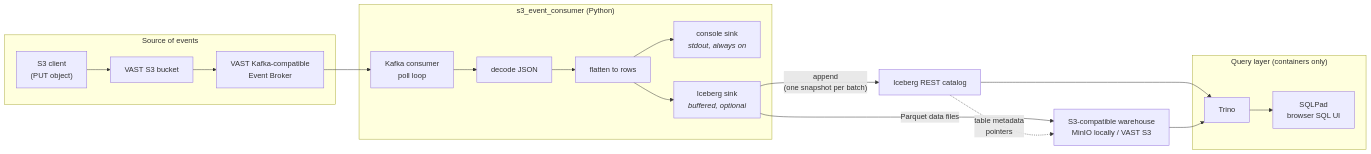
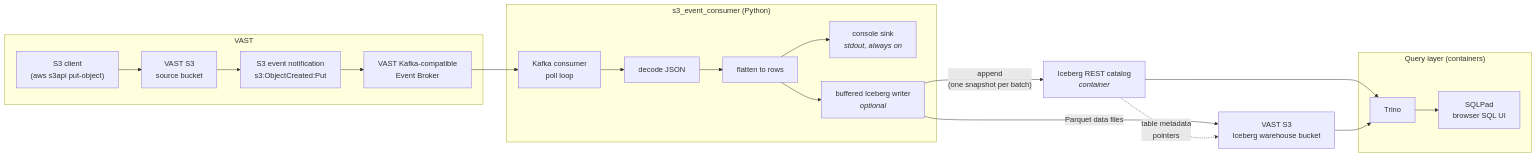
One commit to kmacvast/s3_event_consumer changed the diagram in docs/iceberg-demo.md. Above: the diagram before and after it, drawn with Mermaid. The commit also changed other lines of this file and 24 other files, not shown here.

````diff
--- a/docs/iceberg-demo.md
+++ b/docs/iceberg-demo.md
@@ -33,27 +41,28 @@
 ```mermaid
 flowchart LR
-    subgraph src["Source of events"]
-        A["S3 client<br/>(PUT object)"] --> B["VAST S3 bucket"]
-        B --> C["VAST Kafka-compatible<br/>Event Broker"]
+    subgraph vast["VAST"]
+        A["S3 client<br/>(aws s3api put-object)"] --> B["VAST S3<br/>source bucket"]
+        B --> C["S3 event notification<br/>s3:ObjectCreated:Put"]
+        C --> D["VAST Kafka-compatible<br/>Event Broker"]
     end
 
-    C --> D
+    D --> E
 
     subgraph app["s3_event_consumer (Python)"]
-        D["Kafka consumer<br/>poll loop"] --> E["decode JSON"]
-        E --> F["flatten to rows"]
-        F --> G["console sink<br/><i>stdout, always on</i>"]
-        F --> H["Iceberg sink<br/><i>buffered, optional</i>"]
+        E["Kafka consumer<br/>poll loop"] --> F["decode JSON"]
+        F --> G["flatten to rows"]
+        G --> H["console sink<br/><i>stdout, always on</i>"]
+        G --> I["buffered Iceberg writer<br/><i>optional</i>"]
     end
 
-    H -->|"append<br/>(one snapshot per batch)"| I["Iceberg REST catalog"]
-    H -->|"Parquet data files"| J["S3-compatible warehouse<br/>MinIO locally / VAST S3"]
-    I -.->|"table metadata<br/>pointers"| J
+    I -->|"append<br/>(one snapshot per batch)"| J["Iceberg REST catalog<br/><i>container</i>"]
+    I -->|"Parquet data files"| K["VAST S3<br/>Iceberg warehouse bucket"]
+    J -.->|"table metadata<br/>pointers"| K
 
-    subgraph query["Query layer (containers only)"]
-        K["Trino"] --> L["SQLPad<br/>browser SQL UI"]
+    subgraph query["Query layer (containers)"]
+        L["Trino"] --> M["SQLPad<br/>browser SQL UI"]
     end
 
-    I --> K
-    J --> K
+    J --> L
+    K --> L
 ```
````
